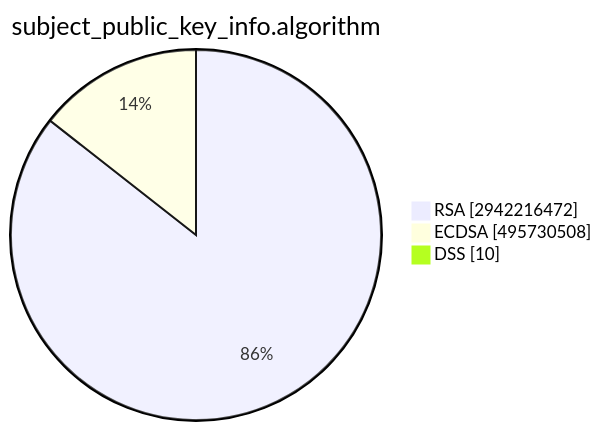
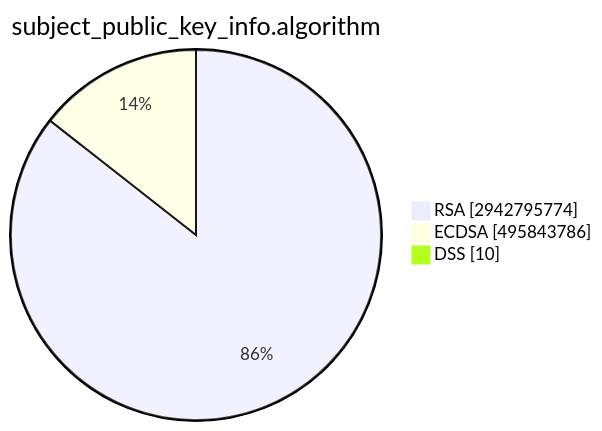
One commit to christiankrug/ctmonitor_visualization changed the second of 15 diagrams in TOTAL/README.md. Above: the diagram before and after it, drawn with Mermaid. The commit also changed other lines of this file, not shown here.

````diff
--- a/TOTAL/README.md
+++ b/TOTAL/README.md
@@ -6,7 +6,7 @@
 ```mermaid
 pie showData
 title subject_public_key_info.algorithm
-"RSA" :2942216472
-"ECDSA" :495730508
+"RSA" :2942795774
+"ECDSA" :495843786
 "DSS" :10
 ```
````
